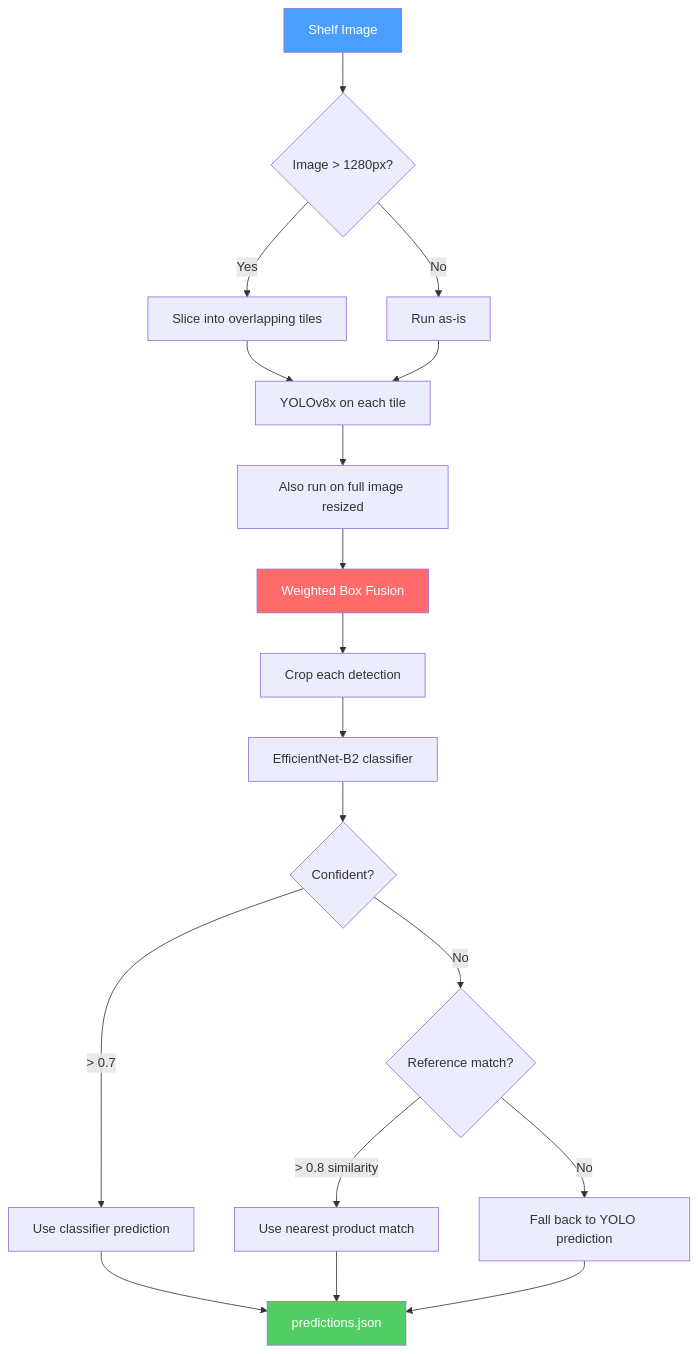
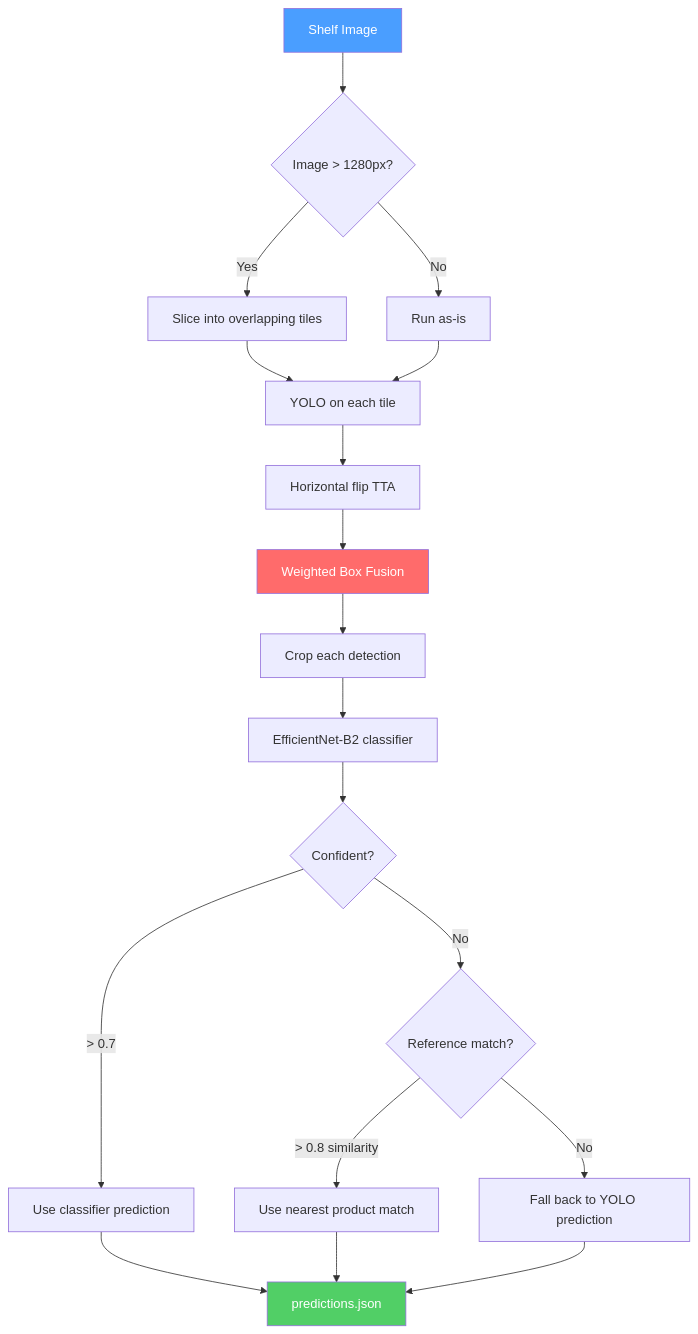
The diagram in README.md (Ulset/nm-i-ai-norgesgruppen-vision), drawn with Mermaid before and after one commit. The commit also changed other lines of this file and 22 other files, not shown here.

````diff
--- a/README.md
+++ b/README.md
@@ -11,24 +13,24 @@
 ```mermaid
 flowchart TD
     A[Shelf Image] --> B{Image > 1280px?}
     B -->|Yes| C[Slice into overlapping tiles]
     B -->|No| D[Run as-is]
-    C --> E[YOLOv8x on each tile]
+    C --> E[YOLO on each tile]
     D --> E
-    E --> F[Also run on full image resized]
+    E --> F[Horizontal flip TTA]
     F --> G[Weighted Box Fusion]
     G --> H[Crop each detection]
     H --> I[EfficientNet-B2 classifier]
     I --> J{Confident?}
     J -->|> 0.7| K[Use classifier prediction]
     J -->|No| L{Reference match?}
     L -->|> 0.8 similarity| M[Use nearest product match]
     L -->|No| N[Fall back to YOLO prediction]
     K --> O[predictions.json]
     M --> O
     N --> O
 
     style A fill:#4a9eff,color:#fff
     style G fill:#ff6b6b,color:#fff
     style O fill:#51cf66,color:#fff
 ```
````
